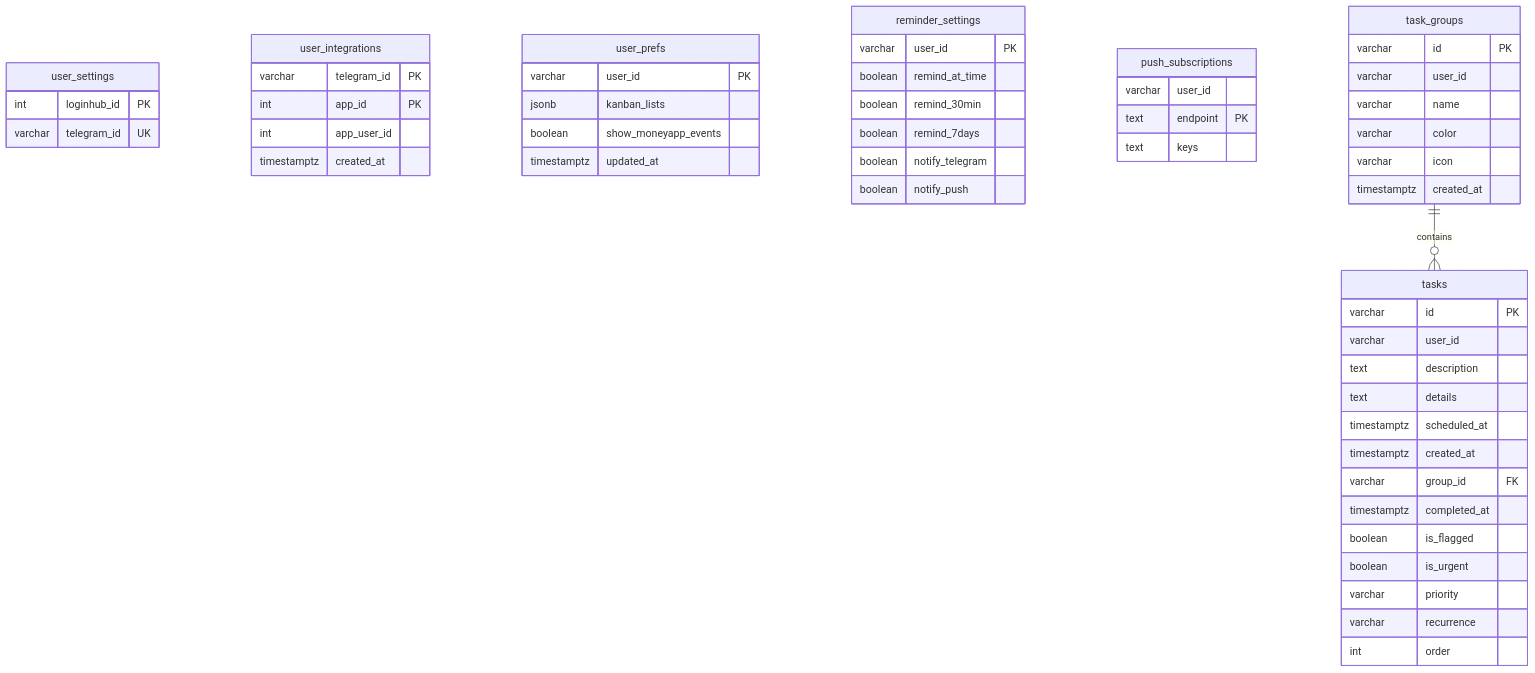
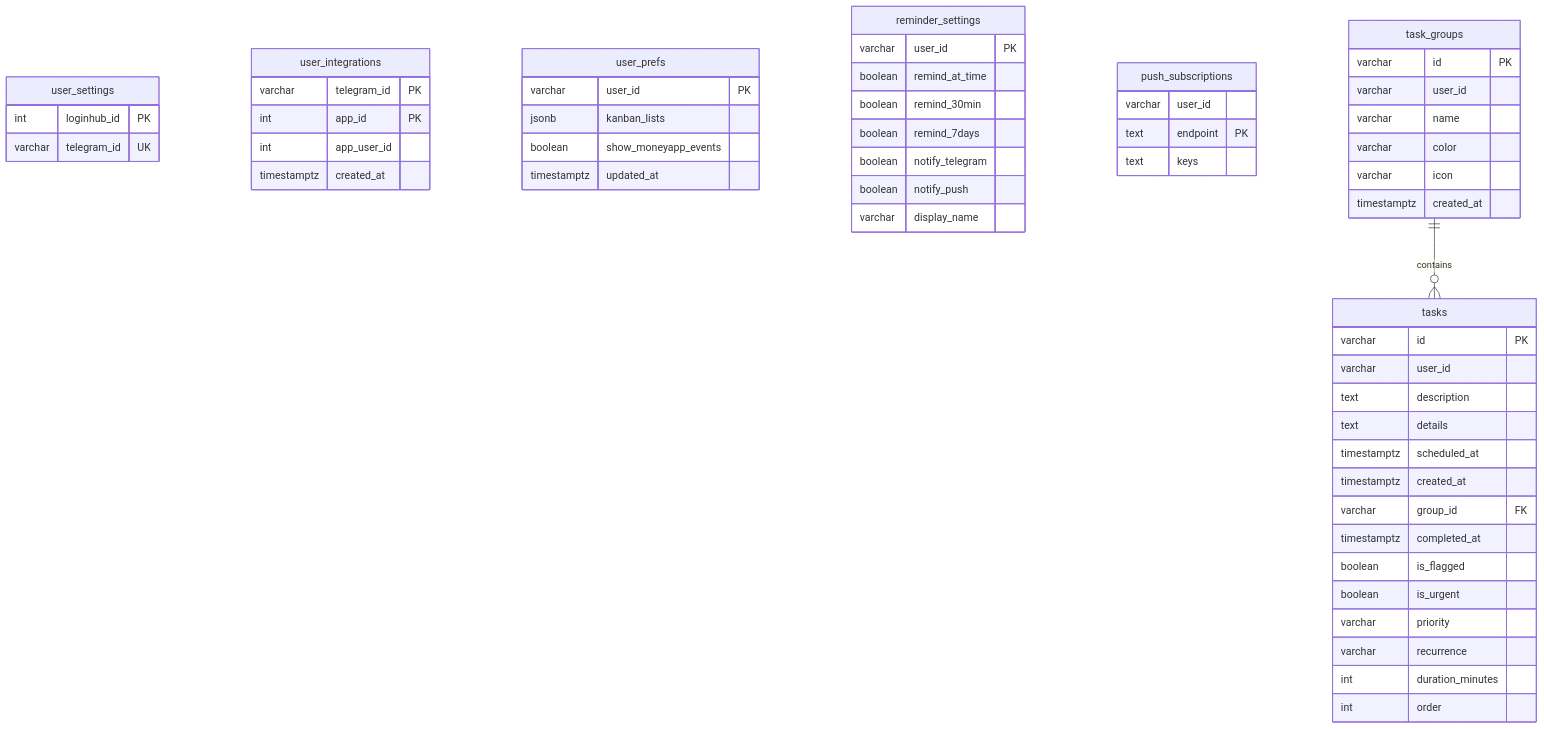
The second of 2 diagrams in README.md (moablive/LBS_TodoAPP), drawn with Mermaid before and after one commit. The commit also changed other lines of this file and 20 other files, not shown here.

````diff
--- a/README.md
+++ b/README.md
@@ -183,56 +183,58 @@
 ```mermaid
 erDiagram
   user_settings {
     int loginhub_id PK
     varchar telegram_id UK
   }
   user_integrations {
     varchar telegram_id PK
     int app_id PK
     int app_user_id
     timestamptz created_at
   }
   user_prefs {
     varchar user_id PK
     jsonb kanban_lists
     boolean show_moneyapp_events
     timestamptz updated_at
   }
   reminder_settings {
     varchar user_id PK
     boolean remind_at_time
     boolean remind_30min
     boolean remind_7days
     boolean notify_telegram
     boolean notify_push
+    varchar display_name
   }
   push_subscriptions {
     varchar user_id
     text endpoint PK
     text keys
   }
   task_groups {
     varchar id PK
     varchar user_id
     varchar name
     varchar color
     varchar icon
     timestamptz created_at
   }
   tasks {
     varchar id PK
     varchar user_id
     text description
     text details
     timestamptz scheduled_at
     timestamptz created_at
     varchar group_id FK
     timestamptz completed_at
     boolean is_flagged
     boolean is_urgent
     varchar priority
     varchar recurrence
+    int duration_minutes
     int order
   }
   task_groups ||--o{ tasks : contains
 ```
````
